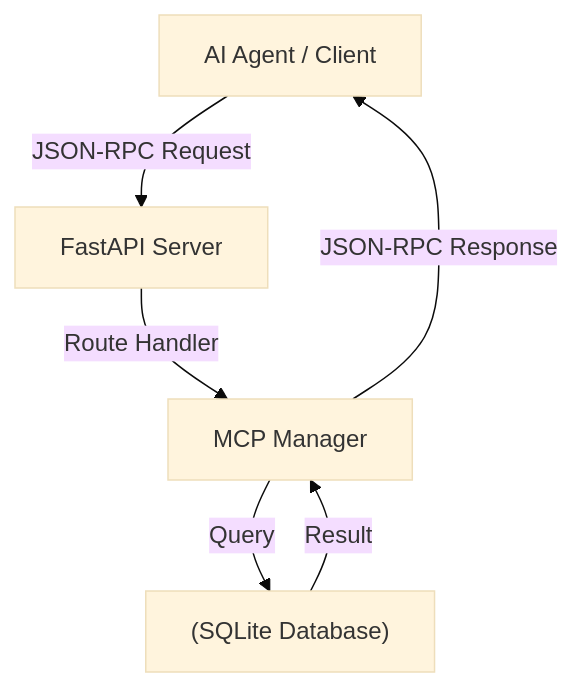
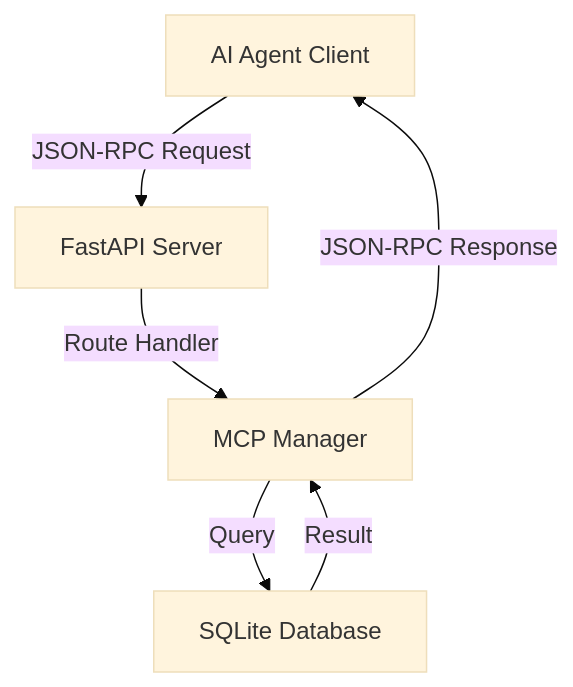
The first of 20 diagrams in genai_enterprise_usecases/ARCHITECTURE_GUIDE.md (sricheru/agentic-ai-portfolio), drawn with Mermaid (base theme) before and after one commit. The commit also changed other lines of this file, not shown here.

Commit message:
fix(mermaid): completely sanitize all node shapes and labels for GitHub compatibility

````diff
--- a/genai_enterprise_usecases/ARCHITECTURE_GUIDE.md
+++ b/genai_enterprise_usecases/ARCHITECTURE_GUIDE.md
@@ -11,8 +11,8 @@
 ```mermaid
 graph TD
-    Client["AI Agent / Client"] -->|JSON-RPC Request| API[FastAPI Server]
+    Client["AI Agent Client"] -->|JSON-RPC Request| API[FastAPI Server]
     API -->|Route Handler| Manager[MCP Manager]
-    Manager -->|Query| DB["(SQLite Database)"]
+    Manager -->|Query| DB["SQLite Database"]
     DB -->|Result| Manager
     Manager -->|JSON-RPC Response| Client
 ```
````
